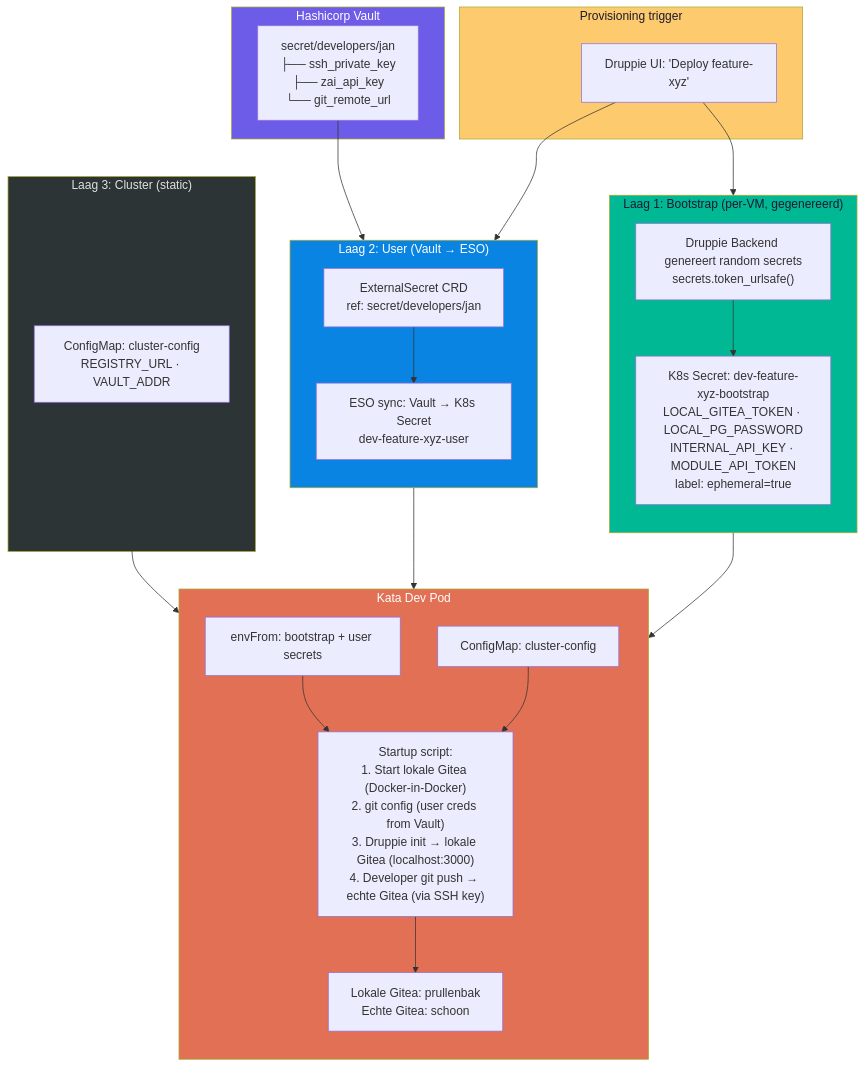
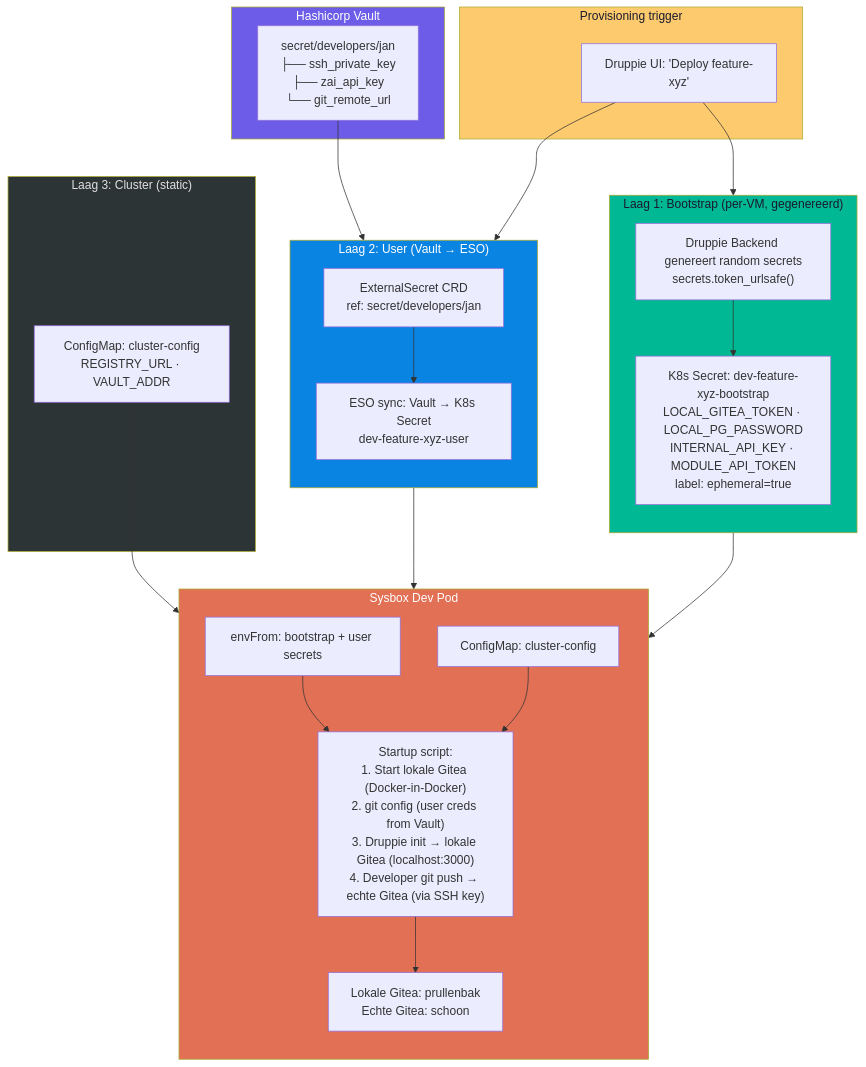
Before and after one commit to nuno-git/druppie-fork: the tenth of 12 diagrams in docs/dev-environment-architecture.md, drawn with Mermaid. The commit also changed other lines of this file and 1 other file, not shown here.

First line of the commit message:
docs(dev-env): correct runtime to sysbox, document Kasm research

````diff
--- a/docs/dev-environment-architecture.md
+++ b/docs/dev-environment-architecture.md
@@ -731,54 +731,54 @@
 ```mermaid
 flowchart TB
     subgraph Trigger["Provisioning trigger"]
         A["Druppie UI: 'Deploy feature-xyz'"]
     end
 
     subgraph Layer1["Laag 1: Bootstrap (per-VM, gegenereerd)"]
         direction TB
         B1["Druppie Backend genereert random secrets<br/>secrets.token_urlsafe()"]
         B2["K8s Secret: dev-feature-xyz-bootstrap<br/>LOCAL_GITEA_TOKEN · LOCAL_PG_PASSWORD<br/>INTERNAL_API_KEY · MODULE_API_TOKEN<br/>label: ephemeral=true"]
     end
 
     subgraph Vault["Hashicorp Vault"]
         V1["secret/developers/jan<br/>├── ssh_private_key<br/>├── zai_api_key<br/>└── git_remote_url"]
     end
 
     subgraph Layer2["Laag 2: User (Vault → ESO)"]
         direction TB
         C1["ExternalSecret CRD<br/>ref: secret/developers/jan"]
         C2["ESO sync: Vault → K8s Secret<br/>dev-feature-xyz-user"]
     end
 
     subgraph Layer3["Laag 3: Cluster (static)"]
         D1["ConfigMap: cluster-config<br/>REGISTRY_URL · VAULT_ADDR"]
     end
 
-    subgraph Pod["Kata Dev Pod"]
+    subgraph Pod["Sysbox Dev Pod"]
         direction TB
         P1["envFrom: bootstrap + user secrets"]
         P2["ConfigMap: cluster-config"]
         P3["Startup script:<br/>1. Start lokale Gitea (Docker-in-Docker)<br/>2. git config (user creds from Vault)<br/>3. Druppie init → lokale Gitea (localhost:3000)<br/>4. Developer git push → echte Gitea (via SSH key)"]
         P4["Lokale Gitea: prullenbak<br/>Echte Gitea: schoon"]
     end
 
     A --> B1
     B1 --> B2
     A --> C1
     C1 --> C2
     V1 --> C1
 
     B2 --> P1
     C2 --> P1
     D1 --> P2
     P1 --> P3
     P2 --> P3
     P3 --> P4
 
     style Trigger fill:#fdcb6e,color:#1a1a2e
     style Layer1 fill:#00b894,color:#1a1a2e
     style Vault fill:#6c5ce7,color:#ffffff
     style Layer2 fill:#0984e3,color:#ffffff
     style Layer3 fill:#2d3436,color:#e0e0e0
     style Pod fill:#e17055,color:#ffffff
 ```
````
